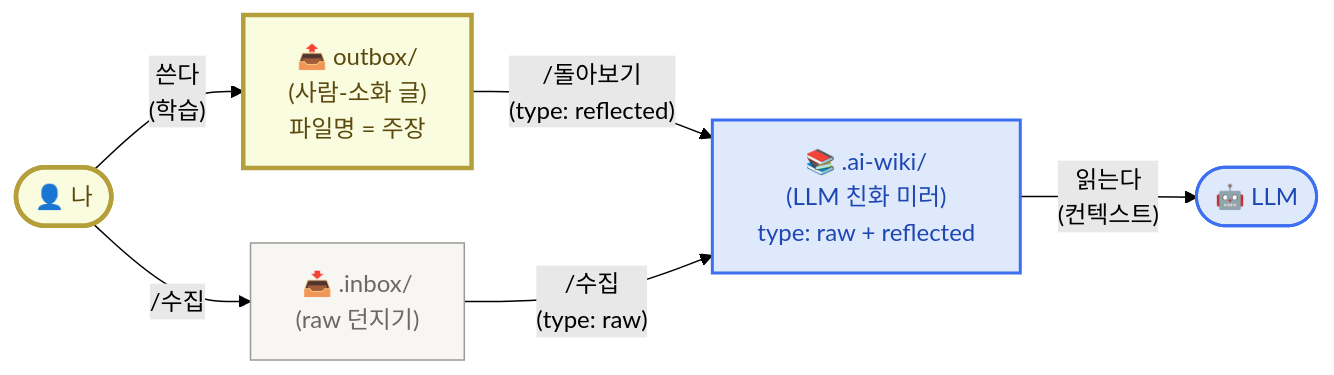
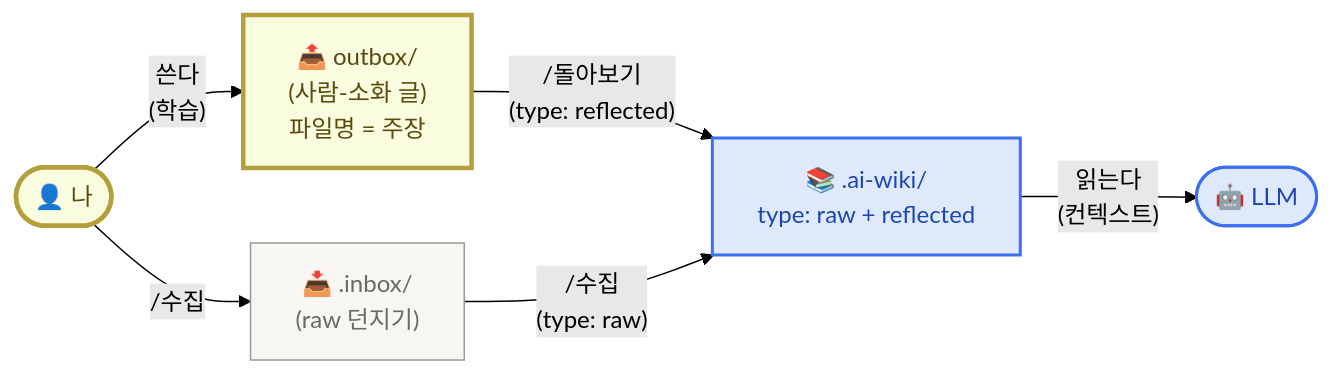
Before and after one commit to effectiveai-io/my-learning-agent: the first of 2 diagrams in content/week2/mechanism.mdx, drawn with Mermaid (forest theme).

Commit message:
(content/week2) update mechanism.mdx

````diff
--- a/content/week2/mechanism.mdx
+++ b/content/week2/mechanism.mdx
@@ -28,25 +28,25 @@
 ```mermaid
 flowchart LR
     Me(["👤 나"])
     Out["📤 outbox/<br/>(사람-소화 글)<br/>파일명 = 주장"]
     In["📥 .inbox/<br/>(raw 던지기)"]
-    AI["📚 .ai-wiki/<br/>(LLM 친화 미러)<br/>type: raw + reflected"]
+    AI["📚 .ai-wiki/<br/>type: raw + reflected"]
     LLM(["🤖 LLM"])
 
     Me -- "쓴다<br/>(학습)" --> Out
     Me -- "/수집" --> In
     Out -- "/돌아보기<br/>(type: reflected)" --> AI
     In -- "/수집<br/>(type: raw)" --> AI
     AI -- "읽는다<br/>(컨텍스트)" --> LLM
 
     classDef me fill:#fafce0,stroke:#b59f3b,stroke-width:3px,color:#5b4a0e
     classDef out fill:#fafce0,stroke:#b59f3b,stroke-width:3px,color:#5b4a0e
     classDef in fill:#f7f6f3,stroke:#9b9a97,color:#6b6964
     classDef ai fill:#dee9fb,stroke:#3d6ff2,stroke-width:2px,color:#1f47b3
     classDef llm fill:#dee9fb,stroke:#3d6ff2,stroke-width:2px,color:#1f47b3
     class Me me
     class Out out
     class In in
     class AI ai
     class LLM llm
 ```
````
